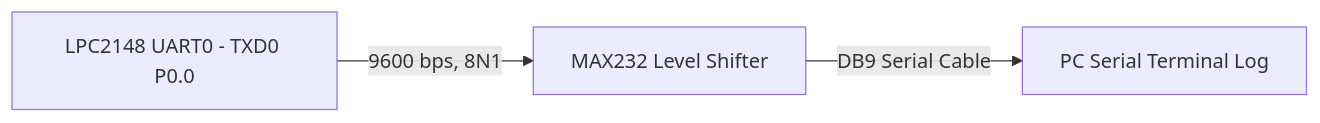
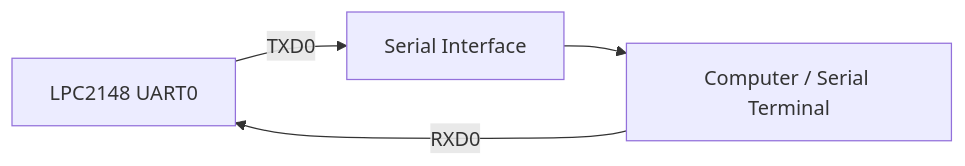
Before and after one commit to maghambhanu/LPC2148-Industrial-Environment-Monitor: the eighth of 10 diagrams in README.md, drawn with Mermaid. The commit also changed other lines of this file, not shown here.

````diff
--- a/README.md
+++ b/README.md
@@ -290,5 +365,6 @@
 ```mermaid
 flowchart LR
-    A[LPC2148 UART0 - TXD0 P0.0] -->|9600 bps, 8N1| B[MAX232 Level Shifter]
-    B -->|DB9 Serial Cable| C[PC Serial Terminal Log]
+    A[LPC2148 UART0] -->|TXD0| B[Serial Interface]
+    B --> C[Computer / Serial Terminal]
+    C -->|RXD0| A
 ```
````
